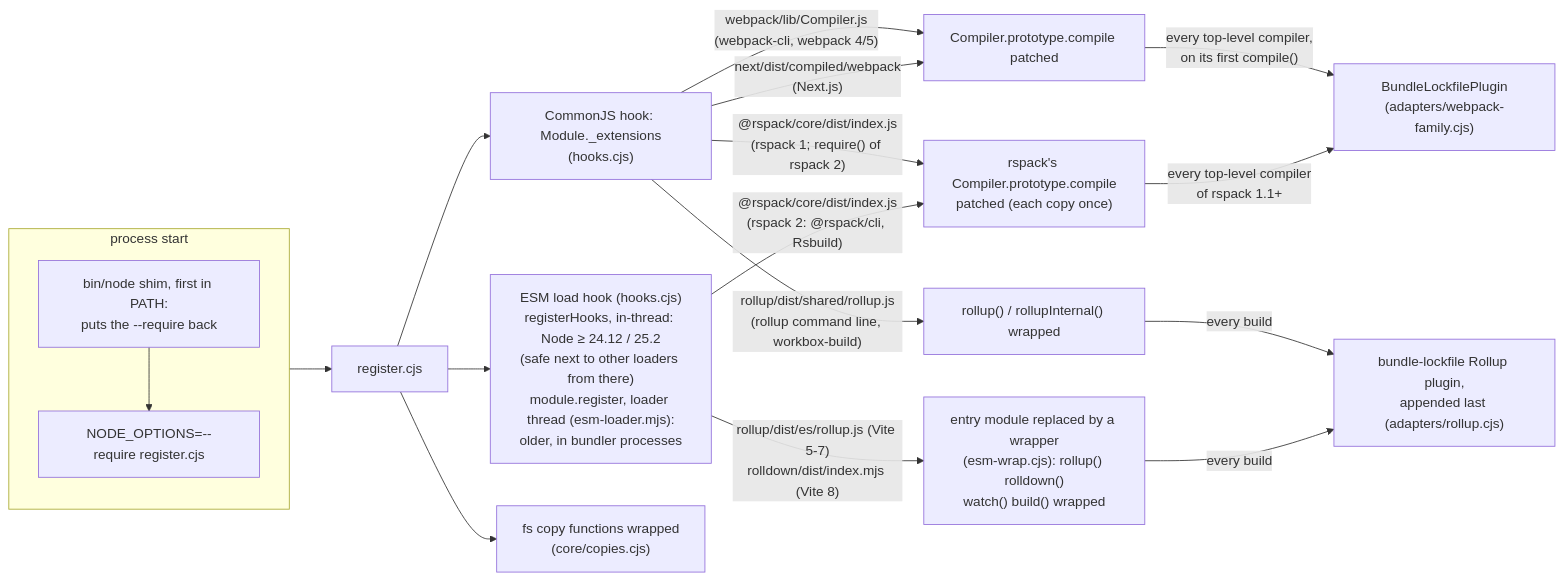
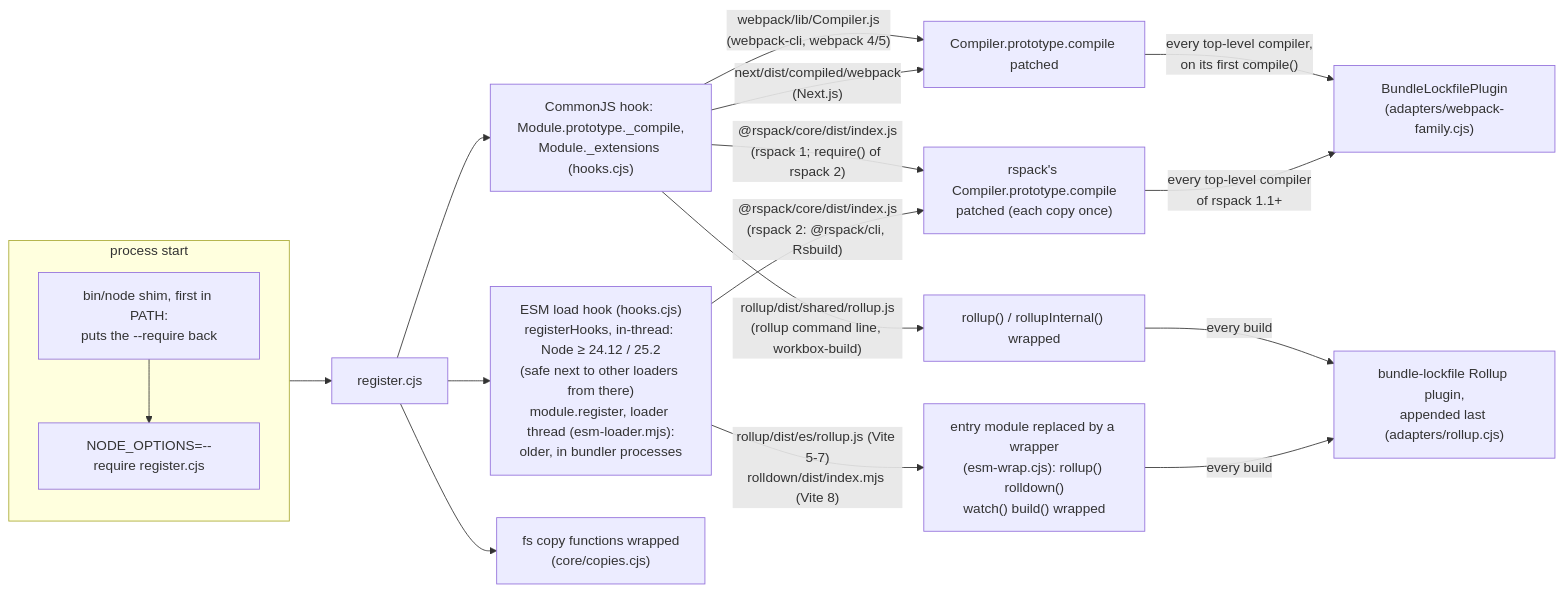
One commit to toabctl/bundle-lockfile changed the first of 5 diagrams in docs/internals.md. Above: the diagram before and after it, drawn with Mermaid. The commit also changed other lines of this file and 2 other files, not shown here.

````diff
--- a/docs/internals.md
+++ b/docs/internals.md
@@ -14,25 +16,25 @@
 ```mermaid
 flowchart LR
   subgraph start["process start"]
     direction TB
     nodeopts["NODE_OPTIONS=--require register.cjs"]
     shim["bin/node shim, first in PATH:<br/>puts the --require back"]
     shim --> nodeopts
   end
   nodeopts --> register["register.cjs"]
-  register --> cjs["CommonJS hook: Module._extensions<br/>(hooks.cjs)"]
+  register --> cjs["CommonJS hook: Module.prototype._compile,<br/>Module._extensions (hooks.cjs)"]
   register --> esm["ESM load hook (hooks.cjs)<br/>registerHooks, in-thread: Node ≥ 24.12 / 25.2<br/>(safe next to other loaders from there)<br/>module.register, loader thread (esm-loader.mjs):<br/>older, in bundler processes"]
   register --> copies["fs copy functions wrapped<br/>(core/copies.cjs)"]
 
   cjs -- "webpack/lib/Compiler.js<br/>(webpack-cli, webpack 4/5)" --> wpatch["Compiler.prototype.compile patched"]
   cjs -- "next/dist/compiled/webpack<br/>(Next.js)" --> wpatch
   cjs -- "@rspack/core/dist/index.js<br/>(rspack 1; require() of rspack 2)" --> rspatch["rspack's Compiler.prototype.compile<br/>patched (each copy once)"]
   esm -- "@rspack/core/dist/index.js<br/>(rspack 2: @rspack/cli, Rsbuild)" --> rspatch
   cjs -- "rollup/dist/shared/rollup.js<br/>(rollup command line, workbox-build)" --> rpatch["rollup() / rollupInternal() wrapped"]
   esm -- "rollup/dist/es/rollup.js (Vite 5-7)<br/>rolldown/dist/index.mjs (Vite 8)" --> wrap["entry module replaced by a wrapper<br/>(esm-wrap.cjs): rollup() rolldown()<br/>watch() build() wrapped"]
 
   wpatch -- "every top-level compiler,<br/>on its first compile()" --> wplugin["BundleLockfilePlugin<br/>(adapters/webpack-family.cjs)"]
   rspatch -- "every top-level compiler<br/>of rspack 1.1+" --> wplugin
   rpatch -- "every build" --> rplugin["bundle-lockfile Rollup plugin,<br/>appended last (adapters/rollup.cjs)"]
   wrap -- "every build" --> rplugin
 ```
````
